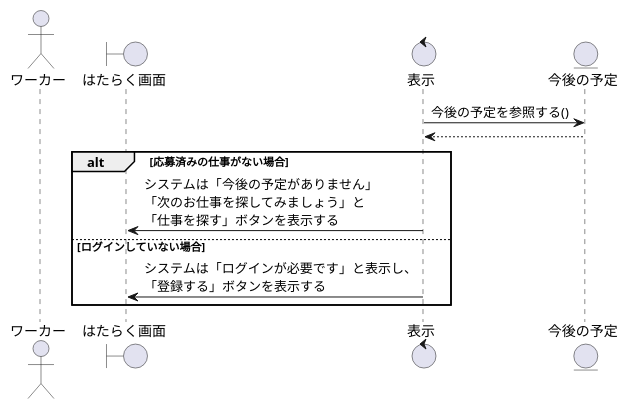
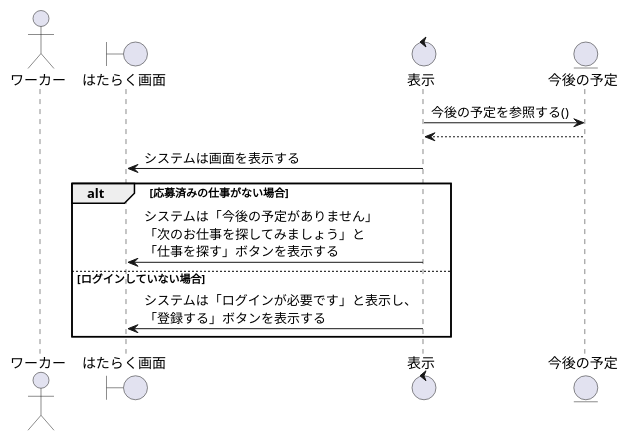
One commit to irukacb256/high_Me changed the diagram in sequence_fig/5_work_fn/1_今後の予定を閲覧する.pu. Above: the diagram before and after it, drawn with PlantUML. The commit also changed 2 other files, not shown here.

```diff
--- a/sequence_fig/5_work_fn/1_今後の予定を閲覧する.pu
+++ b/sequence_fig/5_work_fn/1_今後の予定を閲覧する.pu
@@ -1,20 +1,22 @@
 @startuml 今後の予定を閲覧する
 ' 1
 actor ワーカー as wo1
 boundary はたらく画面 as wk1
 control 表示 as co1
 
 entity 今後の予定 as sh1
 
 ' 2
 co1 -> sh1 : 今後の予定を参照する()
 co1 <-- sh1
+co1 -> wk1 :システムは画面を表示する
+
 alt 応募済みの仕事がない場合
     co1 -> wk1 : システムは「今後の予定がありません」\n「次のお仕事を探してみましょう」と\n「仕事を探す」ボタンを表示する
 
 else ログインしていない場合
     co1 -> wk1 : システムは「ログインが必要です」と表示し、\n「登録する」ボタンを表示する
 
 end
 
 @enduml
```
